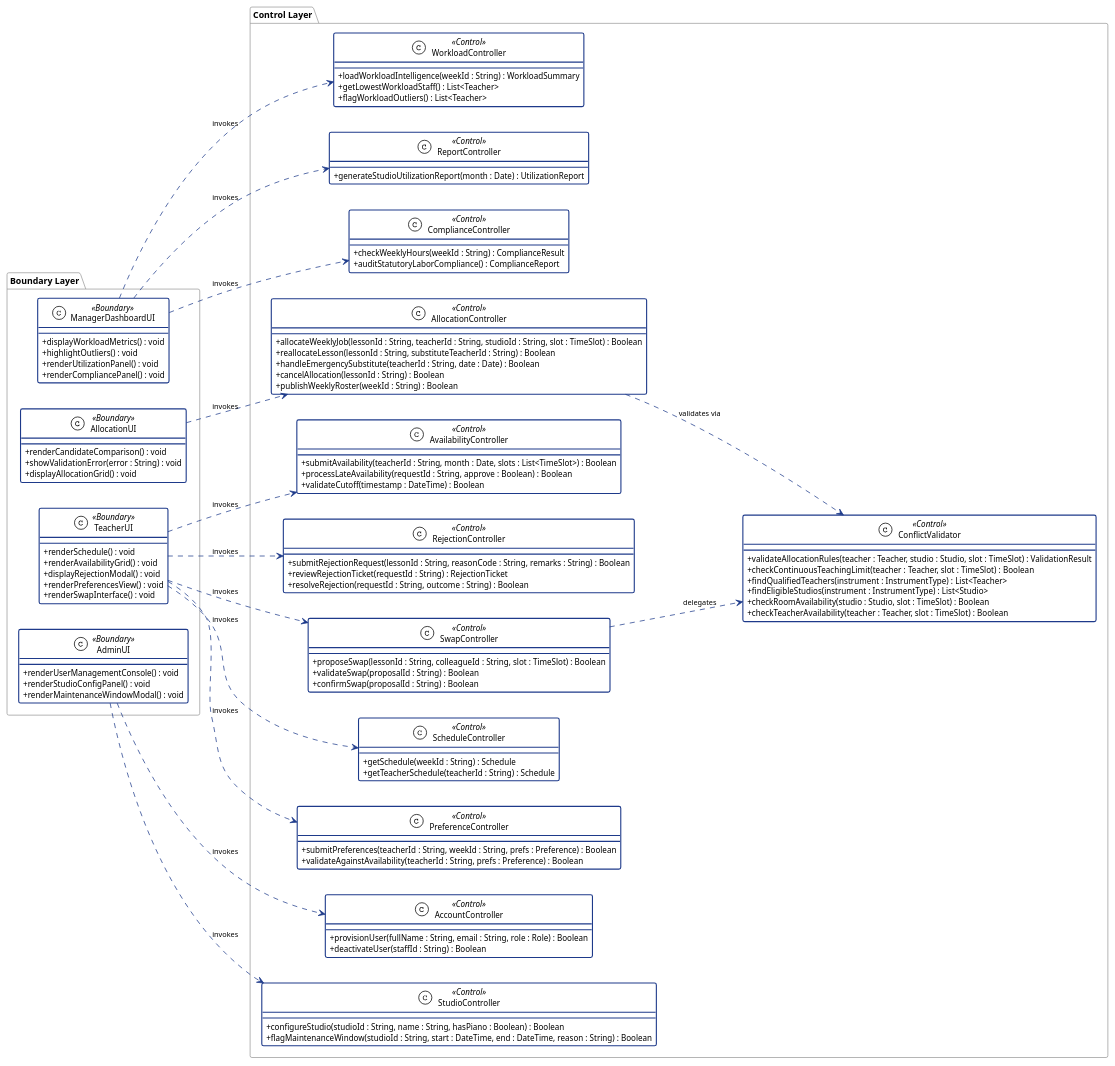
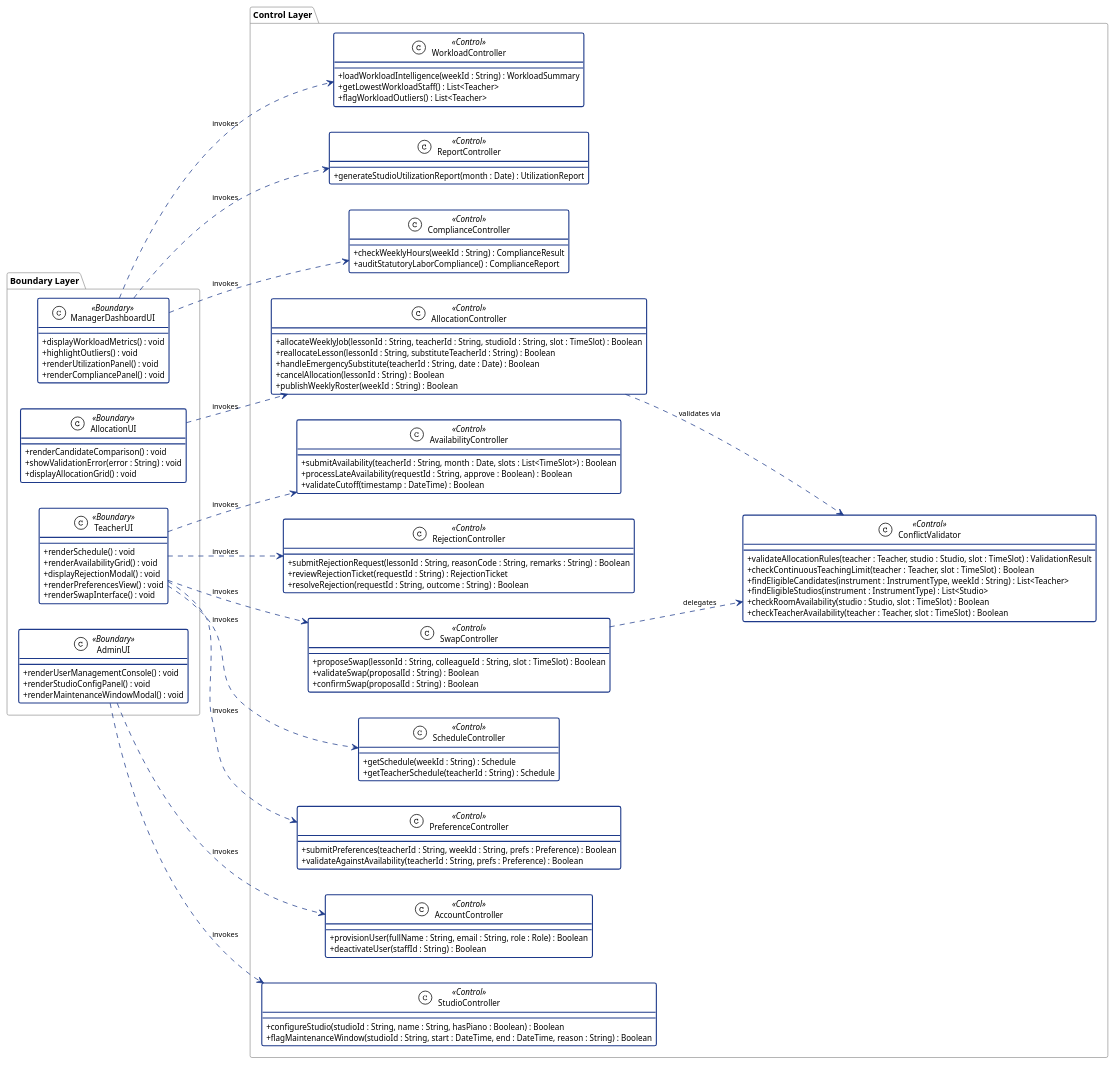
One commit to adoreblvnk/2001temp changed the diagram in report/assets/class_diagram_control.puml. Above: the diagram before and after it, drawn with PlantUML. The commit also changed 7 other files, not shown here.

```diff
--- a/report/assets/class_diagram_control.puml
+++ b/report/assets/class_diagram_control.puml
@@ -1,129 +1,129 @@
 @startuml class_diagram_control
 !theme plain
 left to right direction
 skinparam classAttributeIconSize 0
 skinparam shadowing false
 skinparam defaultFontName "Helvetica", "Arial", sans-serif
 skinparam defaultFontSize 11
 skinparam class {
     BackgroundColor #FFFFFF
     BorderColor #1E3A8A
     BorderThickness 1.5
 }
 skinparam arrow {
     Color #1E3A8A
     FontSize 10
 }
 skinparam package {
     BorderColor #999999
     FontStyle bold
     FontSize 12
 }
 
 ' ========== BOUNDARY CLASSES ==========
 package "Boundary Layer" {
     class ManagerDashboardUI <<Boundary>> {
         +displayWorkloadMetrics() : void
         +highlightOutliers() : void
         +renderUtilizationPanel() : void
         +renderCompliancePanel() : void
     }
     class AllocationUI <<Boundary>> {
         +renderCandidateComparison() : void
         +showValidationError(error : String) : void
         +displayAllocationGrid() : void
     }
     class TeacherUI <<Boundary>> {
         +renderSchedule() : void
         +renderAvailabilityGrid() : void
         +displayRejectionModal() : void
         +renderPreferencesView() : void
         +renderSwapInterface() : void
     }
     class AdminUI <<Boundary>> {
         +renderUserManagementConsole() : void
         +renderStudioConfigPanel() : void
         +renderMaintenanceWindowModal() : void
     }
 }
 
 ' ========== CONTROL CLASSES ==========
 package "Control Layer" {
     class WorkloadController <<Control>> {
         +loadWorkloadIntelligence(weekId : String) : WorkloadSummary
         +getLowestWorkloadStaff() : List<Teacher>
         +flagWorkloadOutliers() : List<Teacher>
     }
     class AllocationController <<Control>> {
         +allocateWeeklyJob(lessonId : String, teacherId : String, studioId : String, slot : TimeSlot) : Boolean
         +reallocateLesson(lessonId : String, substituteTeacherId : String) : Boolean
         +handleEmergencySubstitute(teacherId : String, date : Date) : Boolean
         +cancelAllocation(lessonId : String) : Boolean
         +publishWeeklyRoster(weekId : String) : Boolean
     }
     class ConflictValidator <<Control>> {
         +validateAllocationRules(teacher : Teacher, studio : Studio, slot : TimeSlot) : ValidationResult
         +checkContinuousTeachingLimit(teacher : Teacher, slot : TimeSlot) : Boolean
-        +findQualifiedTeachers(instrument : InstrumentType) : List<Teacher>
+        +findEligibleCandidates(instrument : InstrumentType, weekId : String) : List<Teacher>
         +findEligibleStudios(instrument : InstrumentType) : List<Studio>
         +checkRoomAvailability(studio : Studio, slot : TimeSlot) : Boolean
         +checkTeacherAvailability(teacher : Teacher, slot : TimeSlot) : Boolean
     }
     class AvailabilityController <<Control>> {
         +submitAvailability(teacherId : String, month : Date, slots : List<TimeSlot>) : Boolean
         +processLateAvailability(requestId : String, approve : Boolean) : Boolean
         +validateCutoff(timestamp : DateTime) : Boolean
     }
     class RejectionController <<Control>> {
         +submitRejectionRequest(lessonId : String, reasonCode : String, remarks : String) : Boolean
         +reviewRejectionTicket(requestId : String) : RejectionTicket
         +resolveRejection(requestId : String, outcome : String) : Boolean
     }
     class SwapController <<Control>> {
         +proposeSwap(lessonId : String, colleagueId : String, slot : TimeSlot) : Boolean
         +validateSwap(proposalId : String) : Boolean
         +confirmSwap(proposalId : String) : Boolean
     }
     class AccountController <<Control>> {
         +provisionUser(fullName : String, email : String, role : Role) : Boolean
         +deactivateUser(staffId : String) : Boolean
     }
     class StudioController <<Control>> {
         +configureStudio(studioId : String, name : String, hasPiano : Boolean) : Boolean
         +flagMaintenanceWindow(studioId : String, start : DateTime, end : DateTime, reason : String) : Boolean
     }
     class ReportController <<Control>> {
         +generateStudioUtilizationReport(month : Date) : UtilizationReport
     }
     class ComplianceController <<Control>> {
         +checkWeeklyHours(weekId : String) : ComplianceResult
         +auditStatutoryLaborCompliance() : ComplianceReport
     }
     class ScheduleController <<Control>> {
         +getSchedule(weekId : String) : Schedule
         +getTeacherSchedule(teacherId : String) : Schedule
     }
     class PreferenceController <<Control>> {
         +submitPreferences(teacherId : String, weekId : String, prefs : Preference) : Boolean
         +validateAgainstAvailability(teacherId : String, prefs : Preference) : Boolean
     }
 }
 
 ' ========== DEPENDENCY (Boundary -> Control) ==========
 ManagerDashboardUI ..> WorkloadController : invokes
 ManagerDashboardUI ..> ReportController : invokes
 ManagerDashboardUI ..> ComplianceController : invokes
 AllocationUI ..> AllocationController : invokes
 TeacherUI ..> AvailabilityController : invokes
 TeacherUI ..> RejectionController : invokes
 TeacherUI ..> ScheduleController : invokes
 TeacherUI ..> PreferenceController : invokes
 TeacherUI ..> SwapController : invokes
 AdminUI ..> AccountController : invokes
 AdminUI ..> StudioController : invokes
 
 ' ========== DEPENDENCY (Control -> Control) ==========
 AllocationController ..> ConflictValidator : validates via
 SwapController ..> ConflictValidator : delegates
 
 @enduml
```
